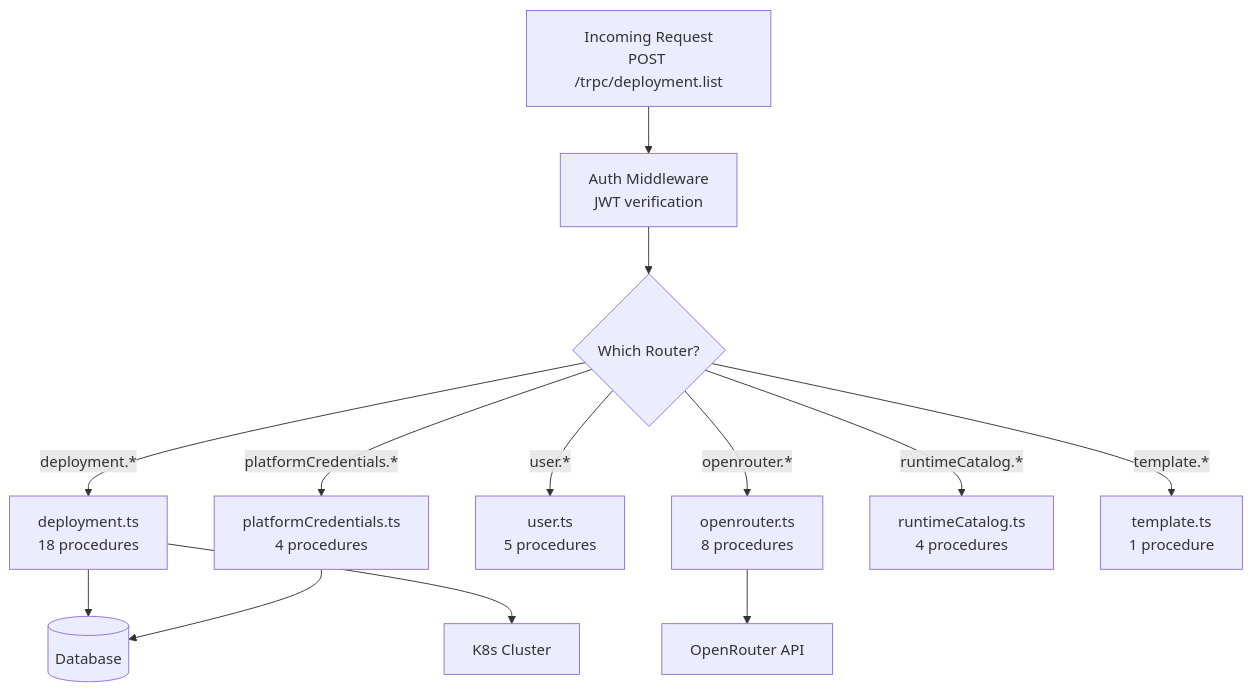
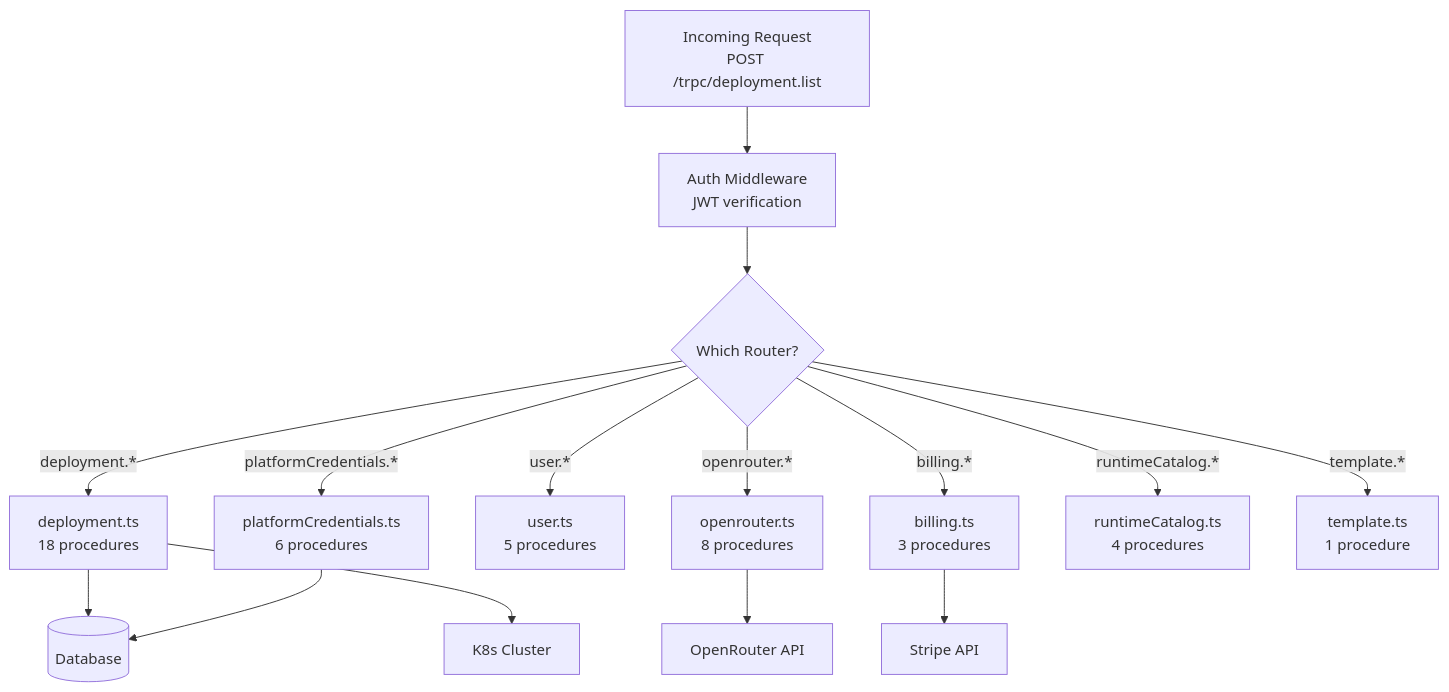
One commit to Bretthb/jarble changed the fifth of 31 diagrams in DEVELOPER-GUIDE.md. Above: the diagram before and after it, drawn with Mermaid. The commit also changed other lines of this file and 15 other files, not shown here.

````diff
--- a/DEVELOPER-GUIDE.md
+++ b/DEVELOPER-GUIDE.md
@@ -273,17 +278,19 @@
 ```mermaid
 graph TD
     REQ["Incoming Request<br/>POST /trpc/deployment.list"] --> MW["Auth Middleware<br/>JWT verification"]
     MW --> ROUTER{"Which Router?"}
 
     ROUTER -->|"deployment.*"| DEPLOY["deployment.ts<br/>18 procedures"]
     ROUTER -->|"openrouter.*"| OR["openrouter.ts<br/>8 procedures"]
     ROUTER -->|"user.*"| USER["user.ts<br/>5 procedures"]
-    ROUTER -->|"platformCredentials.*"| PLAT["platformCredentials.ts<br/>4 procedures"]
+    ROUTER -->|"billing.*"| BILL["billing.ts<br/>3 procedures"]
+    ROUTER -->|"platformCredentials.*"| PLAT["platformCredentials.ts<br/>6 procedures"]
     ROUTER -->|"runtimeCatalog.*"| RUNTIME["runtimeCatalog.ts<br/>4 procedures"]
     ROUTER -->|"template.*"| TMPL["template.ts<br/>1 procedure"]
 
     DEPLOY --> DB[("Database")]
     DEPLOY --> K8S["K8s Cluster"]
     OR --> ORAPI["OpenRouter API"]
+    BILL --> STRIPE_API["Stripe API"]
     PLAT --> DB
 ```
````
